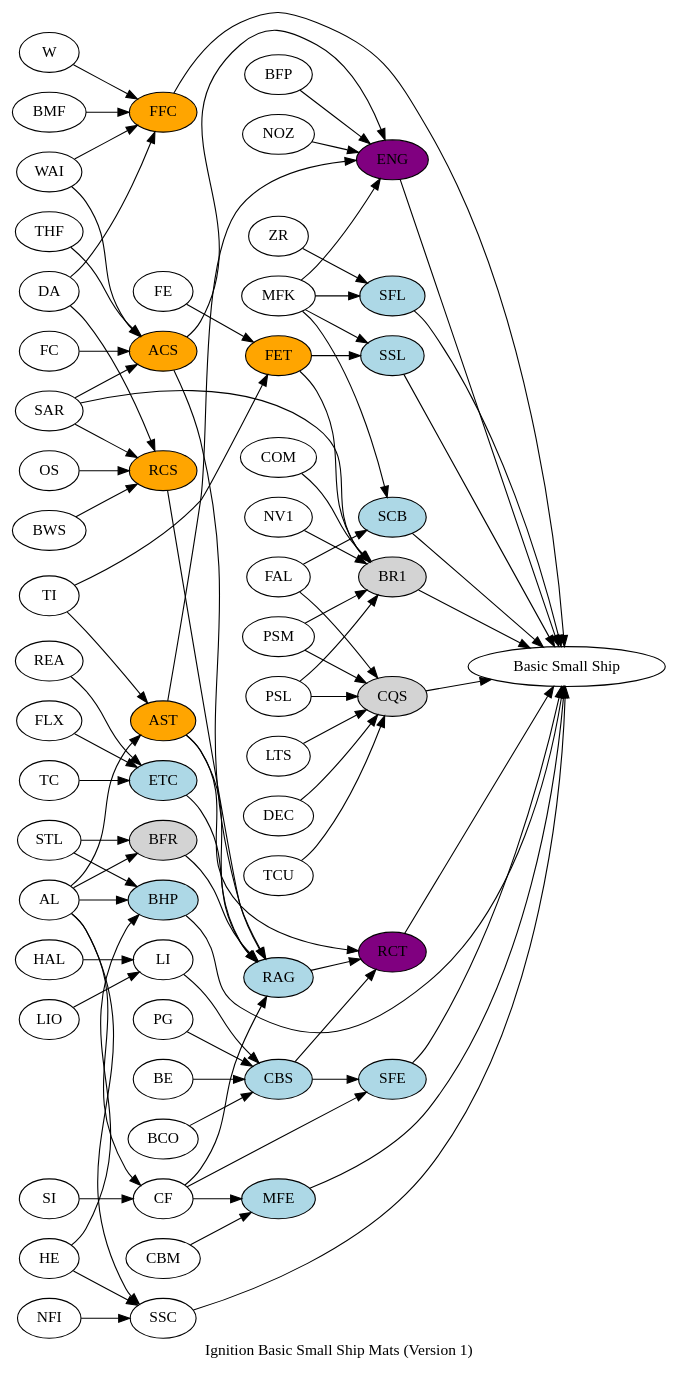
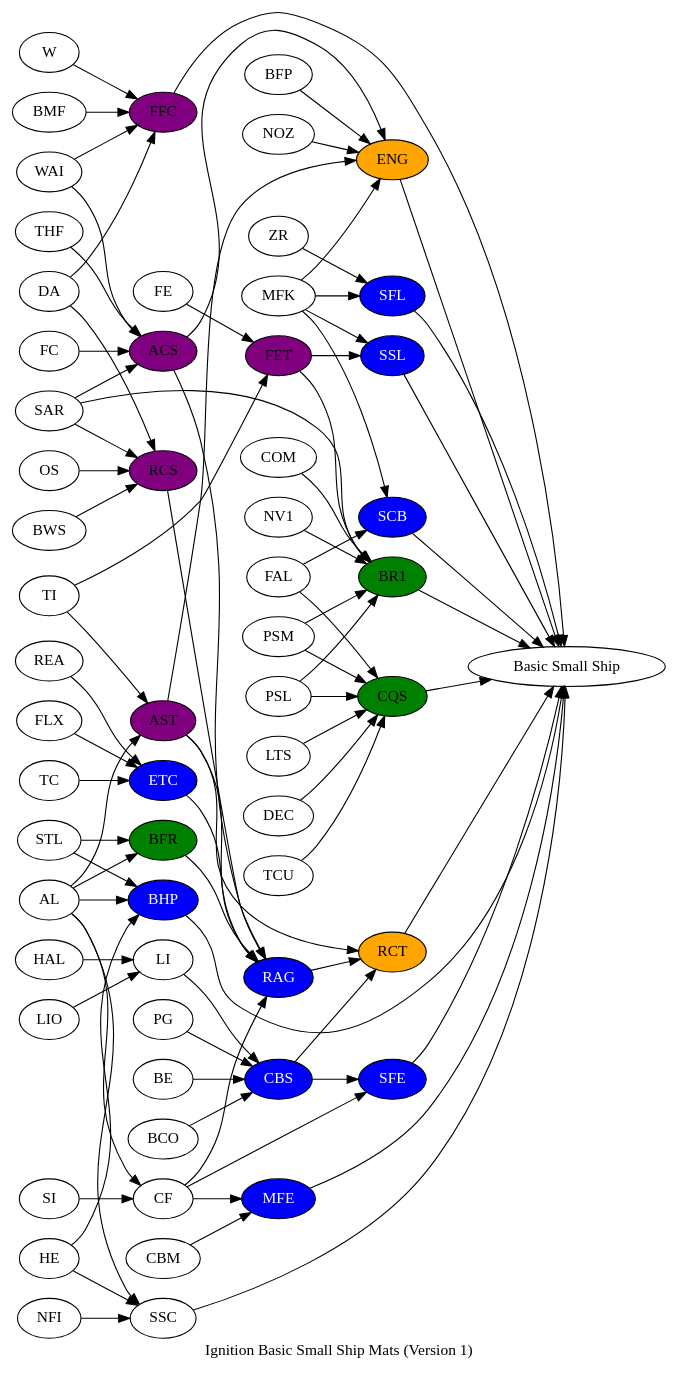
The diagram in basic_small_ship.dot (YarekTyshchenko/prun-graphs), drawn with Graphviz before and after one commit.

Commit message:
Update basic_small_ship.dot
Adjusted the colours of nodes to match the format

```diff
--- a/basic_small_ship.dot
+++ b/basic_small_ship.dot
@@ -1,69 +1,70 @@
 digraph SmallShip {
     label = "Ignition Basic Small Ship Mats (Version 1)"
     rankdir=LR
     node [style=filled]
     
     // Scientists
-    node [fillcolor=purple]
+    node [fillcolor = orange, fontcolor=black] //scientists
+
     ENG RCT // SPF
     
     // Engineers
-    node [fillcolor=orange]
+    node [fillcolor = purple, fontcolor = black] //engineers
     FFC ACS RCS // APF
     FET AST // ASM
     
     // Technicians
-    node [fillcolor=lightblue]
+    node [fillcolor=blue,fontcolor=white] //technicians
     BHP // HWP
     MFE SFE // CLR
     SSL SCB SFL // SKF
     RAG CBS // ECA
     ETC // TNP
     
     // Settlers
-    node [fillcolor=lightgray]
+    node [fillcolor=green, fontcolor=black] //settlers
     BR1 CQS // UPF
     BFR // FS
     
     // Pio only (default)
     node [fillcolor=white]
 
     // Ship itself
     { BHP BR1 CQS ENG FFC MFE RCT SCB SFE SFL SSC SSL } -> "Basic Small Ship"
     
     // SKF
     { FET MFK } -> SSL
     { FAL MFK } -> SCB
     { ZR MFK } -> SFL
     // WEL
     { NFI AL HE } -> SSC
     // SPF
     { BFP NOZ AST ACS MFK } -> ENG
     { RAG AST CBS } -> RCT
     // CLR
     { CF CBM } -> MFE
     { CF CBS } -> SFE
     // APF
     { W WAI DA BMF } -> FFC
     { WAI SAR FC THF } -> ACS
     { BWS OS SAR DA } -> RCS
     // UPF
     { PSL PSM FET NV1 SAR COM } -> BR1
     { PSL PSM FAL LTS DEC TCU } -> CQS
     // HWP
     { AL STL HE } -> BHP
     // ASM
     { FE TI } -> FET
     { AL TI } -> AST
     // ECA
     { ETC BFR CF ACS RCS AST } -> RAG
     { LI BE BCO PG } -> CBS
     // TNP
     { TC REA FLX } -> ETC
     // FS
     { STL AL } -> BFR
     // SME
     { AL SI } -> CF
     { HAL LIO } -> LI
     
 }
```
